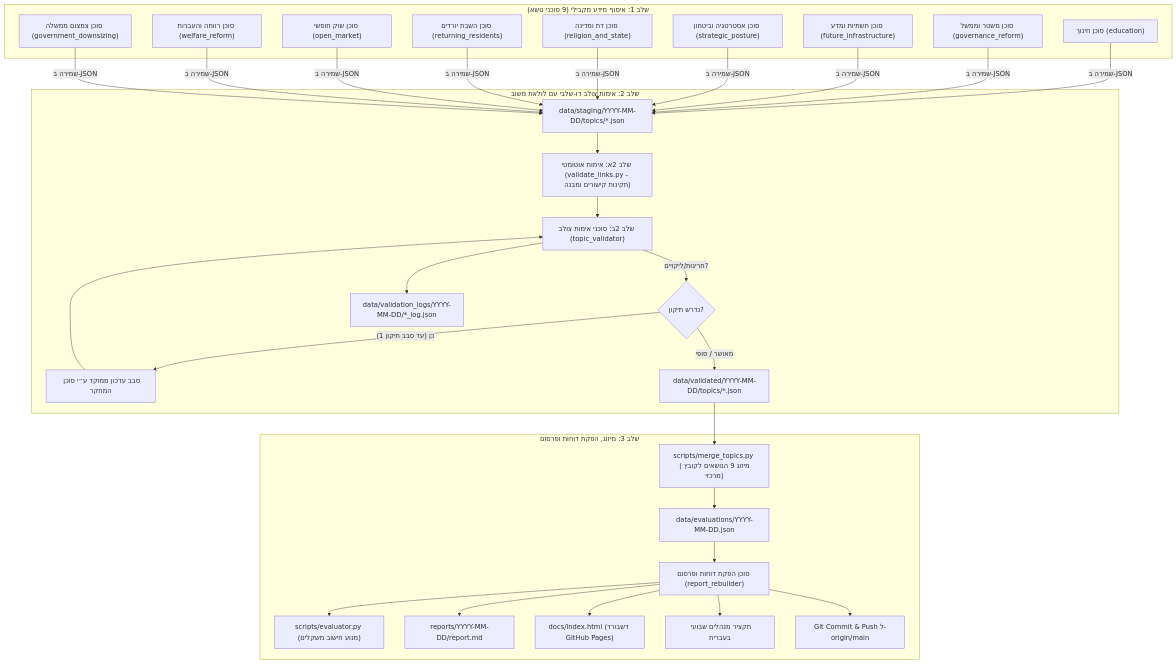
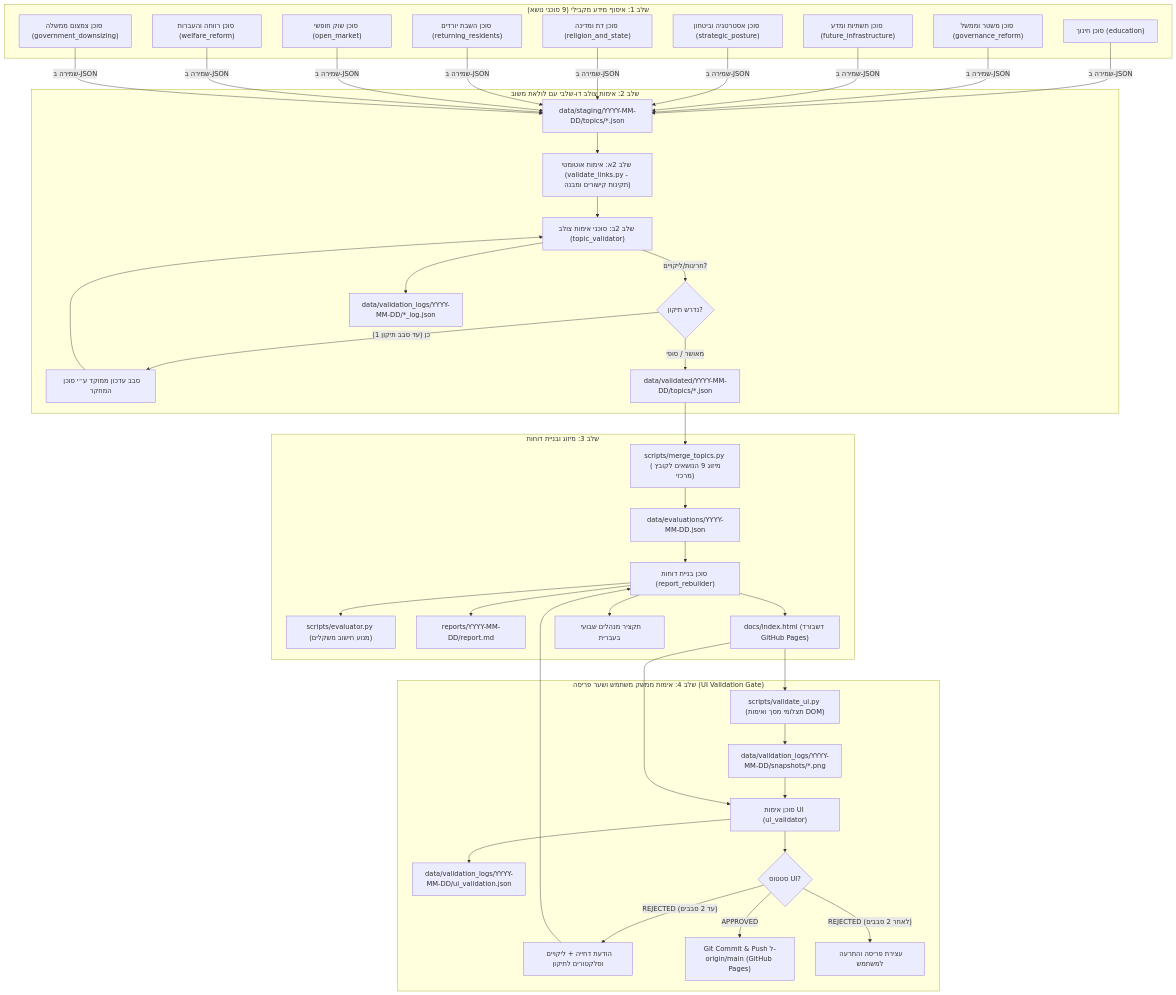
The diagram in .agents/skills/election-analyst/SKILL.md (vvainer/elections-il-2026), drawn with Mermaid before and after one commit. The commit also changed other lines of this file and 11 other files, not shown here.

Commit message:
Add UI Validation Agent, headless snapshot verification, feedback rejection loop, and strict deployment gate

````diff
--- a/.agents/skills/election-analyst/SKILL.md
+++ b/.agents/skills/election-analyst/SKILL.md
@@ -20,39 +20,50 @@
 ```mermaid
 flowchart TD
     subgraph Phase1["שלב 1: איסוף מידע מקבילי (9 סוכני נושא)"]
         A1["סוכן חינוך (education)"]
         A2["סוכן משטר וממשל (governance_reform)"]
         A3["סוכן תשתיות ומדע (future_infrastructure)"]
         A4["סוכן אסטרטגיה וביטחון (strategic_posture)"]
         A5["סוכן דת ומדינה (religion_and_state)"]
         A6["סוכן השבת יורדים (returning_residents)"]
         A7["סוכן שוק חופשי (open_market)"]
         A8["סוכן רווחה והעברות (welfare_reform)"]
         A9["סוכן צמצום ממשלה (government_downsizing)"]
     end
 
     A1 & A2 & A3 & A4 & A5 & A6 & A7 & A8 & A9 -->|שמירה ב-JSON| Staging["data/staging/YYYY-MM-DD/topics/*.json"]
 
     subgraph Phase2["שלב 2: אימות צולב דו-שלבי עם לולאת משוב"]
         T1["שלב 2א: אימות אוטומטי (validate_links.py - תקינות קישורים ומבנה)"]
         Staging --> T1
         T1 --> T2["שלב 2ב: סוכני אימות צולב (topic_validator)"]
         T2 -->|חריגות/ליקויים?| Feedback{"נדרש תיקון?"}
         Feedback -- "כן (עד סבב תיקון 1)" --> Revision["סבב עדכון ממוקד ע״י סוכן המחקר"]
         Revision --> T2
         Feedback -- "מאושר / סופי" --> Validated["data/validated/YYYY-MM-DD/topics/*.json"]
         T2 --> ValLog["data/validation_logs/YYYY-MM-DD/*_log.json"]
     end
 
-    subgraph Phase3["שלב 3: מיזוג, הפקת דוחות ופרסום"]
+    subgraph Phase3["שלב 3: מיזוג ובניית דוחות"]
         Merge["scripts/merge_topics.py (מיזוג 9 הנושאים לקובץ מרכזי)"]
         Validated --> Merge
         Merge --> EvalDataset["data/evaluations/YYYY-MM-DD.json"]
-        EvalDataset --> Rebuilder["סוכן הפקת דוחות ופרסום (report_rebuilder)"]
+        EvalDataset --> Rebuilder["סוכן בניית דוחות (report_rebuilder)"]
         Rebuilder --> Scoring["scripts/evaluator.py (מנוע חישוב משקלים)"]
         Rebuilder --> Markdown["reports/YYYY-MM-DD/report.md"]
         Rebuilder --> Dashboard["docs/index.html (דשבורד GitHub Pages)"]
         Rebuilder --> ExecSummary["תקציר מנהלים שבועי בעברית"]
-        Rebuilder --> GitPush["Git Commit & Push ל-origin/main"]
+    end
+
+    subgraph Phase4["שלב 4: אימות ממשק משתמש ושער פריסה (UI Validation Gate)"]
+        Dashboard --> UICheck["scripts/validate_ui.py (תצלומי מסך ואימות DOM)"]
+        UICheck --> Snapshots["data/validation_logs/YYYY-MM-DD/snapshots/*.png"]
+        Snapshots & Dashboard --> UIAgent["סוכן אימות UI (ui_validator)"]
+        UIAgent --> UILog["data/validation_logs/YYYY-MM-DD/ui_validation.json"]
+        UIAgent --> UIGate{"סטטוס UI?"}
+        UIGate -- "REJECTED (עד 2 סבבים)" --> UIRejection["הודעת דחייה + ליקויים וסלקטורים לתיקון"]
+        UIRejection --> Rebuilder
+        UIGate -- "APPROVED" --> GitPush["Git Commit & Push ל-origin/main (GitHub Pages)"]
+        UIGate -- "REJECTED (לאחר 2 סבבים)" --> Halt["עצירת פריסה והתרעה למשתמש"]
     end
 ```
````
